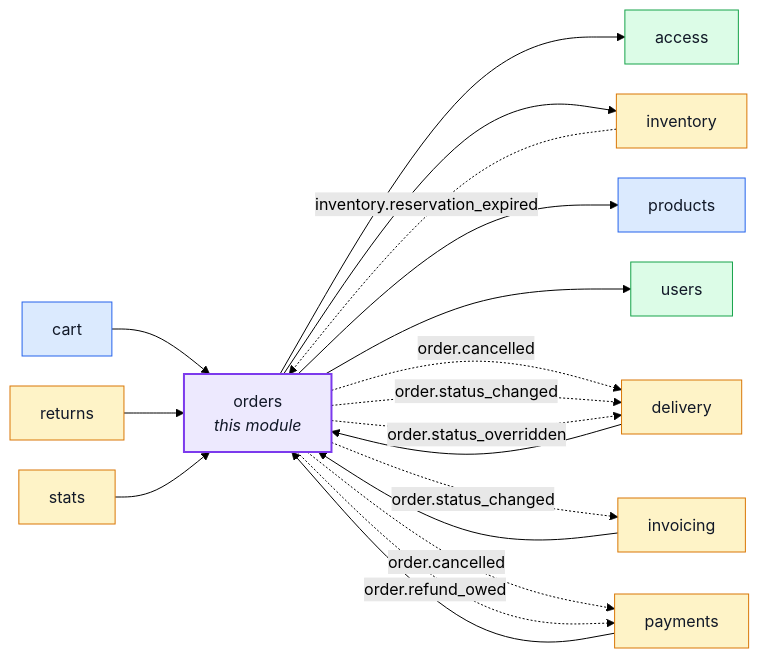
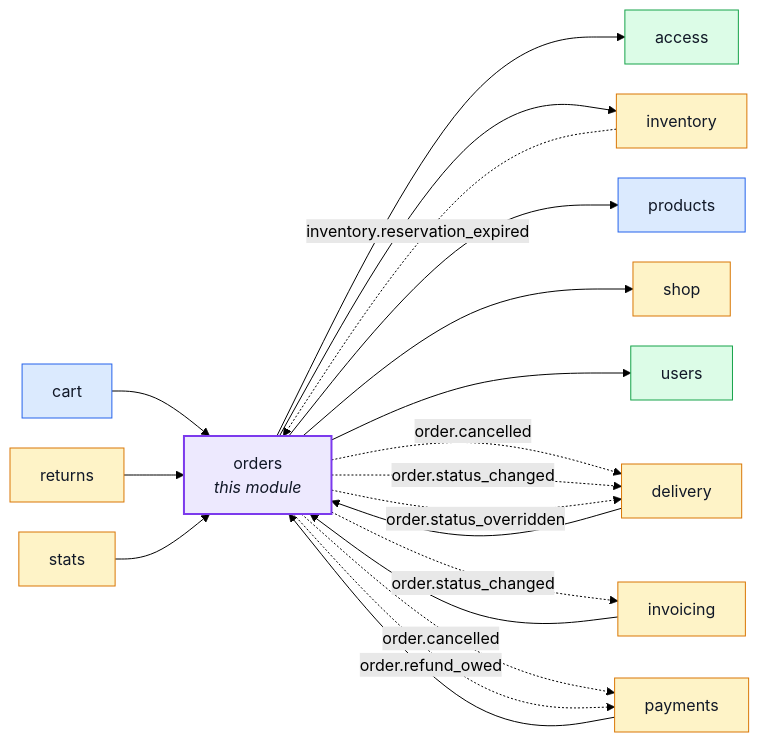
One commit to Guebbit/boilerplate-node-backend changed the first of 7 diagrams in docs/modules/orders.md. Above: the diagram before and after it, drawn with Mermaid (forest theme). The commit also changed other lines of this file and 70 other files, not shown here.

````diff
--- a/docs/modules/orders.md
+++ b/docs/modules/orders.md
@@ -16,42 +16,44 @@
 ```mermaid
 %%{init: {'flowchart': {'nodeSpacing': 30, 'rankSpacing': 60}}}%%
 flowchart LR
     orders["orders<br/><i>this module</i>"]
     access["access"]
     cart["cart"]
     delivery["delivery"]
     inventory["inventory"]
     invoicing["invoicing"]
     payments["payments"]
     products["products"]
     returns["returns"]
+    shop["shop"]
     stats["stats"]
     users["users"]
 
     cart --> orders
     delivery --> orders
     invoicing --> orders
     payments --> orders
     returns --> orders
     stats --> orders
     orders --> access
     orders --> inventory
     orders --> products
+    orders --> shop
     orders --> users
     inventory -. "inventory.reservation_expired" .-> orders
     orders -. "order.cancelled" .-> delivery
     orders -. "order.status_changed" .-> delivery
     orders -. "order.status_overridden" .-> delivery
     orders -. "order.status_changed" .-> invoicing
     orders -. "order.cancelled" .-> payments
     orders -. "order.refund_owed" .-> payments
 
     classDef core fill:#dbeafe,stroke:#2563eb,color:#111827;
     classDef supporting fill:#fef3c7,stroke:#d97706,color:#111827;
     classDef generic fill:#dcfce7,stroke:#16a34a,color:#111827;
     classDef centre fill:#ede9fe,stroke:#7c3aed,stroke-width:2px,color:#111827;
     class cart,products core;
-    class delivery,inventory,invoicing,payments,returns,stats supporting;
+    class delivery,inventory,invoicing,payments,returns,shop,stats supporting;
     class access,users generic;
     class orders centre;
 ```
````
